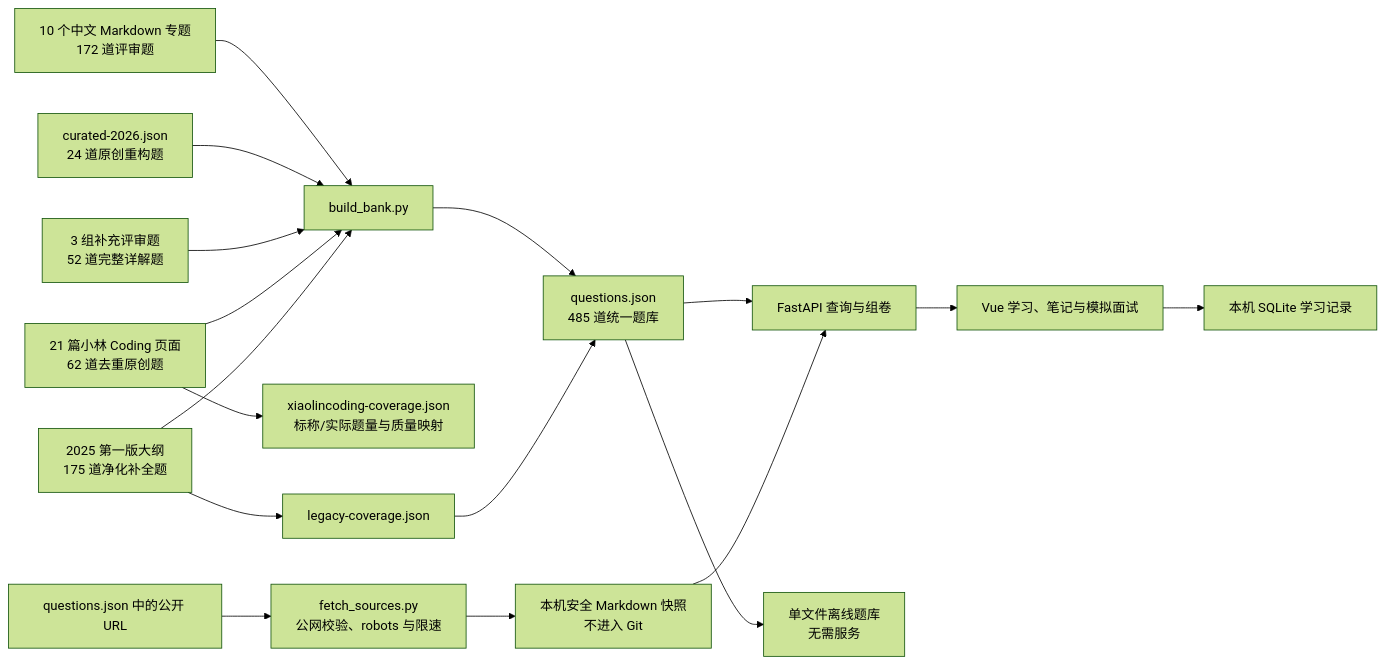
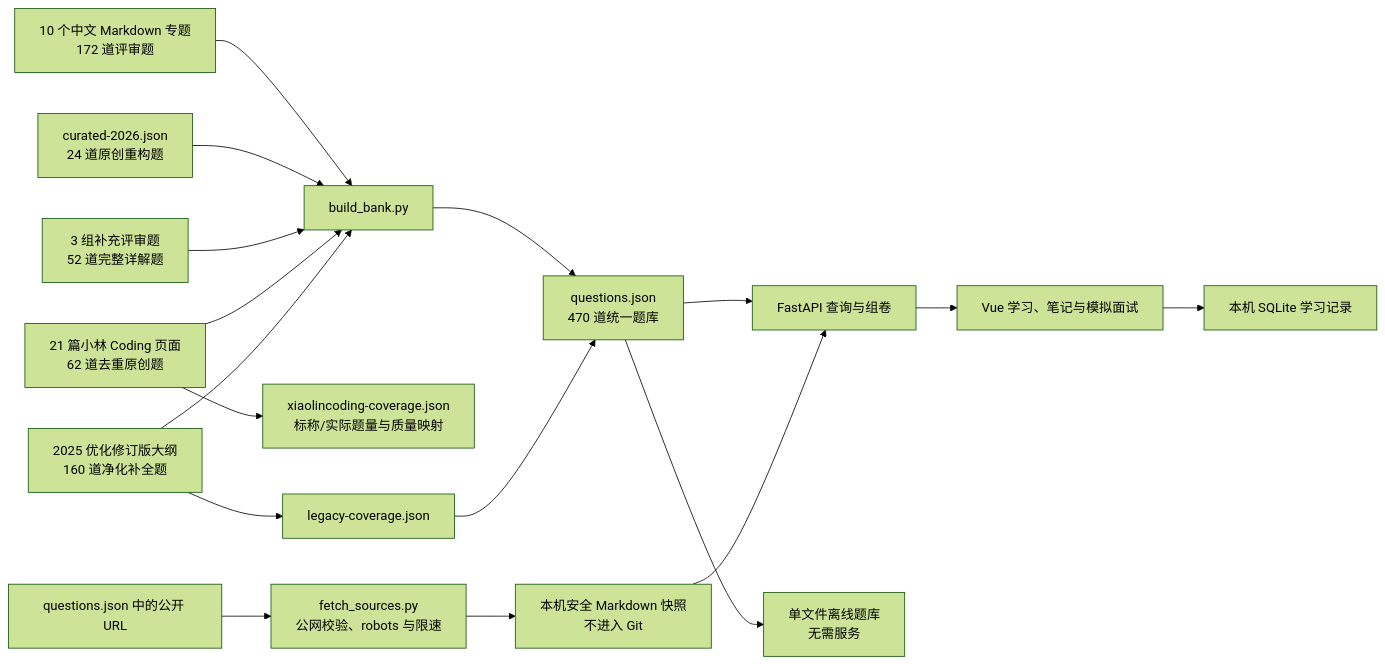
One commit to vieneny/software_testing changed the diagram in apps/interview-bank/README.md. Above: the diagram before and after it, drawn with Mermaid (forest theme). The commit also changed other lines of this file and 26 other files, not shown here.

````diff
--- a/apps/interview-bank/README.md
+++ b/apps/interview-bank/README.md
@@ -182,19 +182,19 @@
 ```mermaid
 flowchart LR
     A["10 个中文 Markdown 专题<br/>172 道评审题"] --> D["build_bank.py"]
     B["curated-2026.json<br/>24 道原创重构题"] --> D
     B2["3 组补充评审题<br/>52 道完整详解题"] --> D
     B3["21 篇小林 Coding 页面<br/>62 道去重原创题"] --> D
     B3 --> X["xiaolincoding-coverage.json<br/>标称/实际题量与质量映射"]
-    C["2025 第一版大纲<br/>175 道净化补全题"] --> D
+    C["2025 优化修订版大纲<br/>160 道净化补全题"] --> D
     C --> E["legacy-coverage.json"]
-    D --> F["questions.json<br/>485 道统一题库"]
+    D --> F["questions.json<br/>470 道统一题库"]
     E --> F
     F --> G["FastAPI 查询与组卷"]
     S["questions.json 中的公开 URL"] --> CRAWL["fetch_sources.py<br/>公网校验、robots 与限速"]
     CRAWL --> CACHE["本机安全 Markdown 快照<br/>不进入 Git"]
     CACHE --> G
     G --> H["Vue 学习、笔记与模拟面试"]
     F --> OFFLINE["单文件离线题库<br/>无需服务"]
     H --> I["本机 SQLite 学习记录"]
 ```
````
